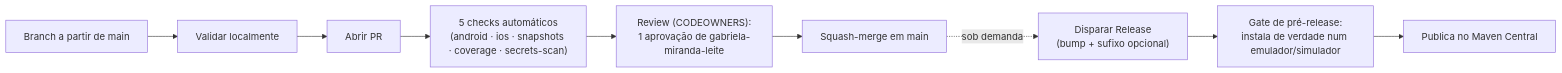
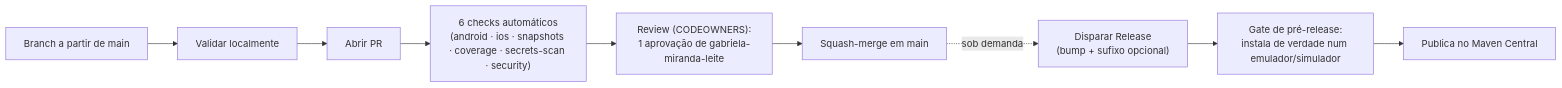
Before and after one commit to gabriela-miranda-leite/bugsy: the diagram in docs/fluxo-de-desenvolvimento.md, drawn with Mermaid. The commit also changed other lines of this file and 3 other files, not shown here.

````diff
--- a/docs/fluxo-de-desenvolvimento.md
+++ b/docs/fluxo-de-desenvolvimento.md
@@ -10,11 +10,11 @@
 ```mermaid
 flowchart LR
     A["Branch a partir de main"] --> B["Validar localmente"]
     B --> C["Abrir PR"]
-    C --> D["5 checks automáticos\n(android · ios · snapshots · coverage · secrets-scan)"]
+    C --> D["6 checks automáticos\n(android · ios · snapshots · coverage · secrets-scan · security)"]
     D --> E["Review (CODEOWNERS):\n1 aprovação de gabriela-miranda-leite"]
     E --> F["Squash-merge em main"]
     F -.->|"sob demanda"| G["Disparar Release\n(bump + sufixo opcional)"]
     G --> H["Gate de pré-release:\ninstala de verdade num emulador/simulador"]
     H --> I["Publica no Maven Central"]
 ```
````
